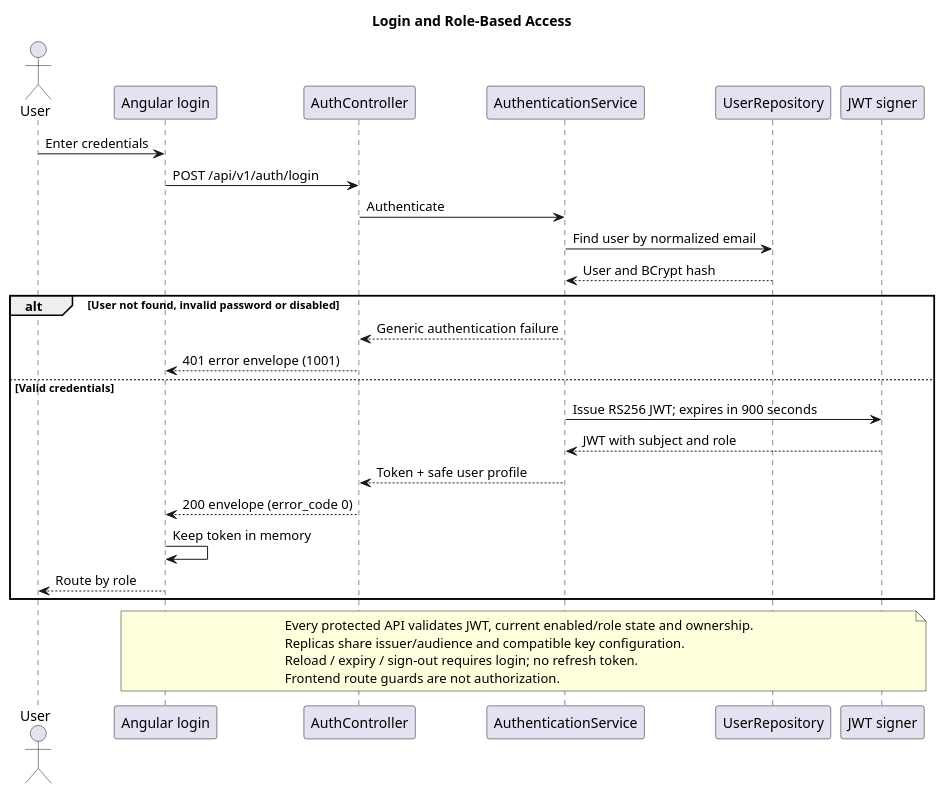
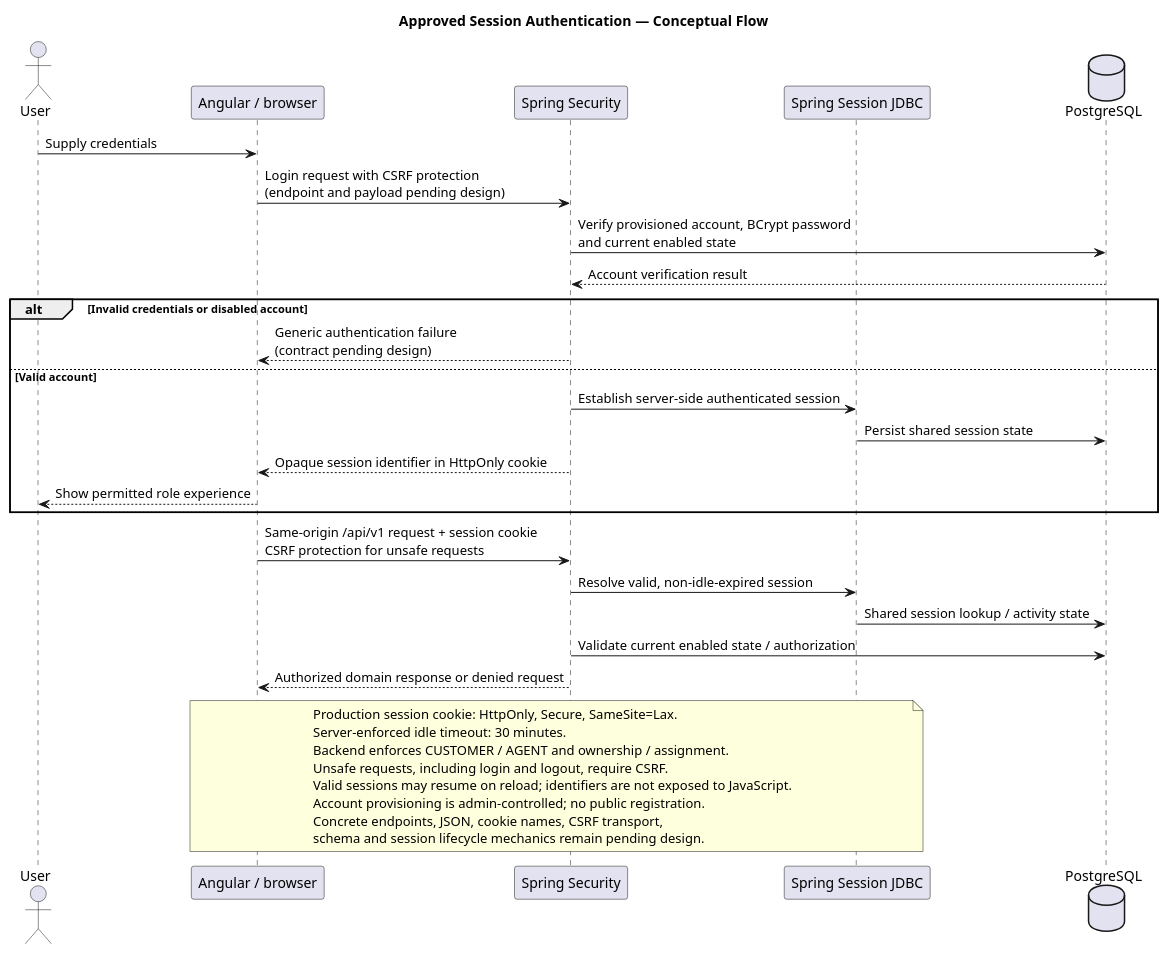
The diagram in docs/design/plantuml/login-auth.puml (DonaldMbara/transaction-dispute-portal), drawn with PlantUML before and after one commit. The commit also changed 27 other files, not shown here.

Commit message:
docs: align architecture with session-based authentication

```diff
--- a/docs/design/plantuml/login-auth.puml
+++ b/docs/design/plantuml/login-auth.puml
@@ -1,31 +1,35 @@
 @startuml
-title Login and Role-Based Access
+title Approved Session Authentication — Conceptual Flow
 actor User
-participant "Angular login" as UI
-participant "AuthController" as C
-participant "AuthenticationService" as A
-participant "UserRepository" as R
-participant "JWT signer" as J
-User -> UI : Enter credentials
-UI -> C : POST /api/v1/auth/login
-C -> A : Authenticate
-A -> R : Find user by normalized email
-R --> A : User and BCrypt hash
-alt User not found, invalid password or disabled
-  A --> C : Generic authentication failure
-  C --> UI : 401 error envelope (1001)
-else Valid credentials
-  A -> J : Issue RS256 JWT; expires in 900 seconds
-  J --> A : JWT with subject and role
-  A --> C : Token + safe user profile
-  C --> UI : 200 envelope (error_code 0)
-  UI -> UI : Keep token in memory
-  UI --> User : Route by role
+participant "Angular / browser" as UI
+participant "Spring Security" as Security
+participant "Spring Session JDBC" as Sessions
+database PostgreSQL as DB
+User -> UI : Supply credentials
+UI -> Security : Login request with CSRF protection\n(endpoint and payload pending design)
+Security -> DB : Verify provisioned account, BCrypt password\nand current enabled state
+DB --> Security : Account verification result
+alt Invalid credentials or disabled account
+  Security --> UI : Generic authentication failure\n(contract pending design)
+else Valid account
+  Security -> Sessions : Establish server-side authenticated session
+  Sessions -> DB : Persist shared session state
+  Security --> UI : Opaque session identifier in HttpOnly cookie
+  UI --> User : Show permitted role experience
 end
-note over UI, J
-Every protected API validates JWT, current enabled/role state and ownership.
-Replicas share issuer/audience and compatible key configuration.
-Reload / expiry / sign-out requires login; no refresh token.
-Frontend route guards are not authorization.
+UI -> Security : Same-origin /api/v1 request + session cookie\nCSRF protection for unsafe requests
+Security -> Sessions : Resolve valid, non-idle-expired session
+Sessions -> DB : Shared session lookup / activity state
+Security -> DB : Validate current enabled state / authorization
+Security --> UI : Authorized domain response or denied request
+note over UI, Sessions
+Production session cookie: HttpOnly, Secure, SameSite=Lax.
+Server-enforced idle timeout: 30 minutes.
+Backend enforces CUSTOMER / AGENT and ownership / assignment.
+Unsafe requests, including login and logout, require CSRF.
+Valid sessions may resume on reload; identifiers are not exposed to JavaScript.
+Account provisioning is admin-controlled; no public registration.
+Concrete endpoints, JSON, cookie names, CSRF transport,
+schema and session lifecycle mechanics remain pending design.
 end note
 @enduml
```
